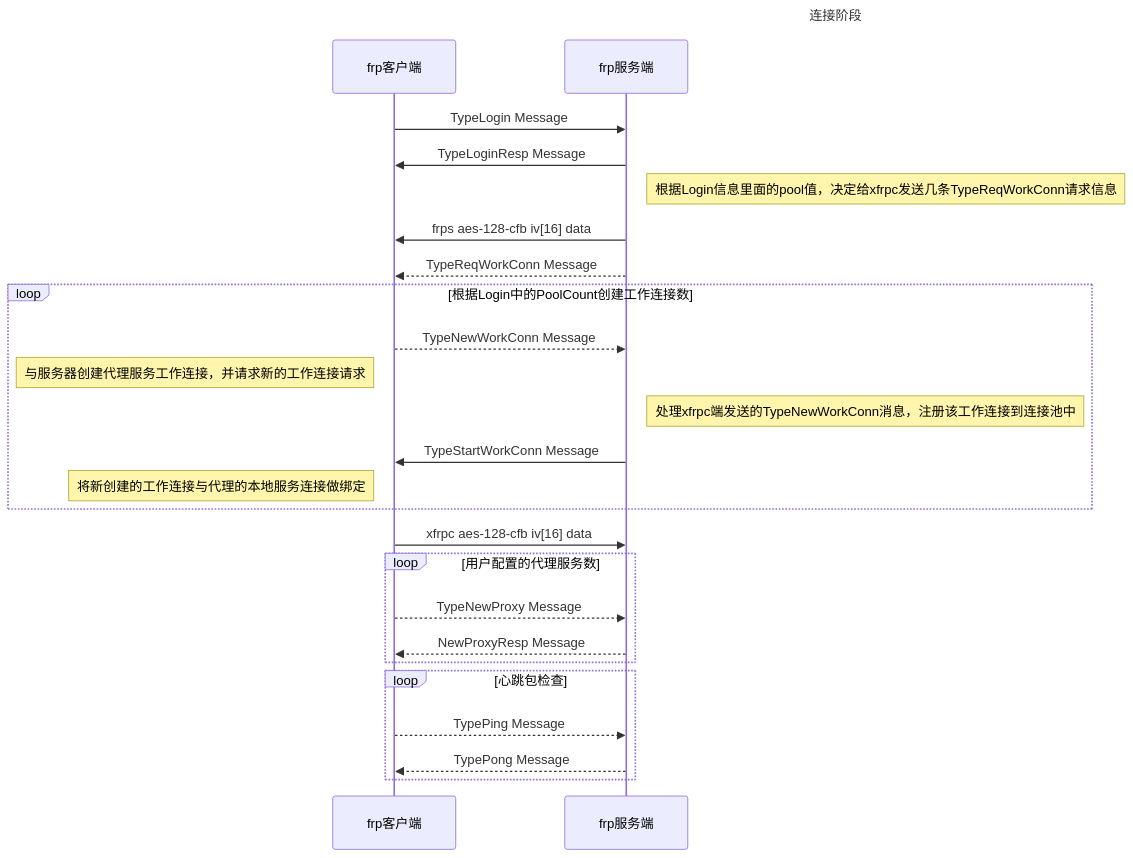
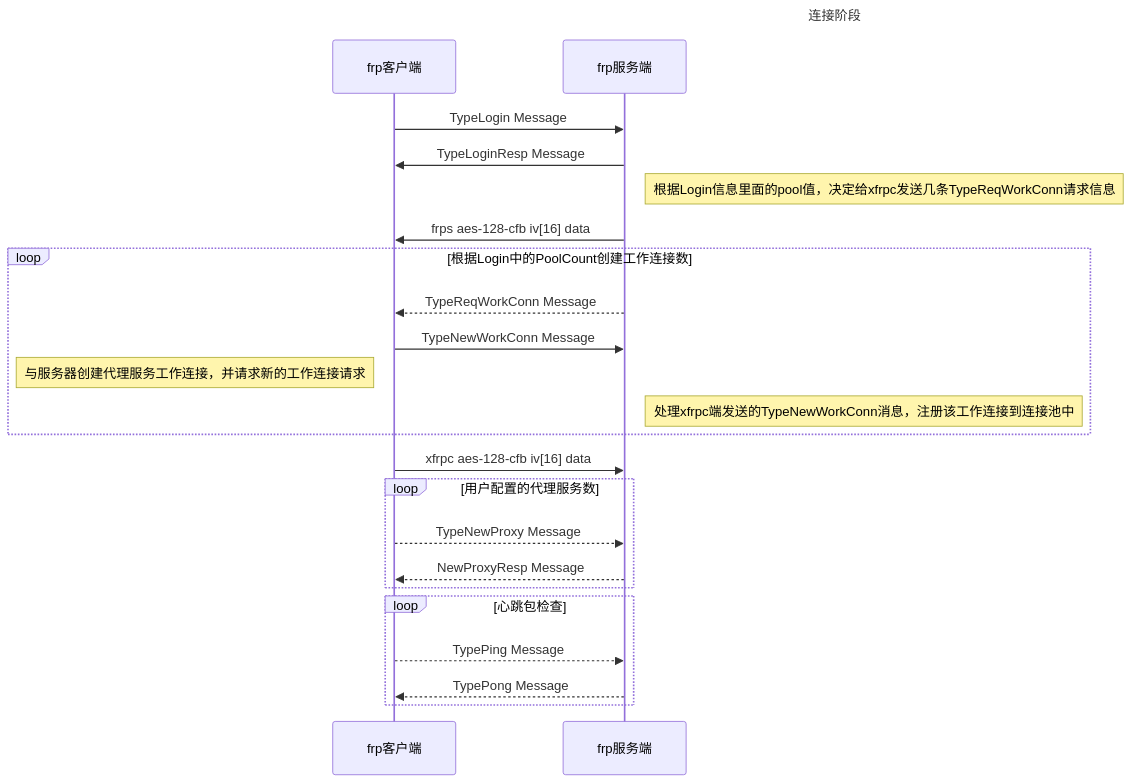
The first of 2 diagrams in README.md (liudf0716/rust-frp-client), drawn with Mermaid before and after one commit. The commit also changed other lines of this file, not shown here.

````diff
--- a/README.md
+++ b/README.md
@@ -11,29 +13,27 @@
 ```mermaid
 sequenceDiagram
 	title:	连接阶段
 	participant frpc as frp客户端
   participant frps as frp服务端
   
   frpc ->> frps  : TypeLogin Message
   frps ->> frpc  : TypeLoginResp Message
   Note right of frps  : 根据Login信息里面的pool值，决定给xfrpc发送几条TypeReqWorkConn请求信息
   frps ->> frpc  : frps aes-128-cfb iv[16] data
-  frps -->> frpc : TypeReqWorkConn Message
 	loop 根据Login中的PoolCount创建工作连接数
-  	frpc -->> frps  : TypeNewWorkConn Message
+		frps -->> frpc : TypeReqWorkConn Message
+  	frpc ->> frps  : TypeNewWorkConn Message
   	Note left of frpc  : 与服务器创建代理服务工作连接，并请求新的工作连接请求
   	Note right of frps  : 处理xfrpc端发送的TypeNewWorkConn消息，注册该工作连接到连接池中
-  	frps ->> frpc  : TypeStartWorkConn Message
-  	Note left of frpc  : 将新创建的工作连接与代理的本地服务连接做绑定
 	end
   frpc ->> frps  : xfrpc aes-128-cfb iv[16] data
   loop 用户配置的代理服务数
   	frpc -->> frps : TypeNewProxy Message
   	frps -->> frpc : NewProxyResp Message
   end
 	
   loop 心跳包检查
     frpc -->> frps : TypePing Message
     frps -->> frpc : TypePong Message
   end
 ```
````
